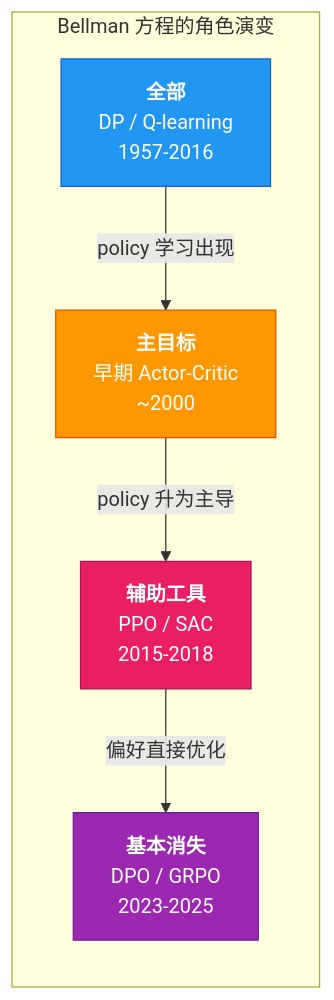
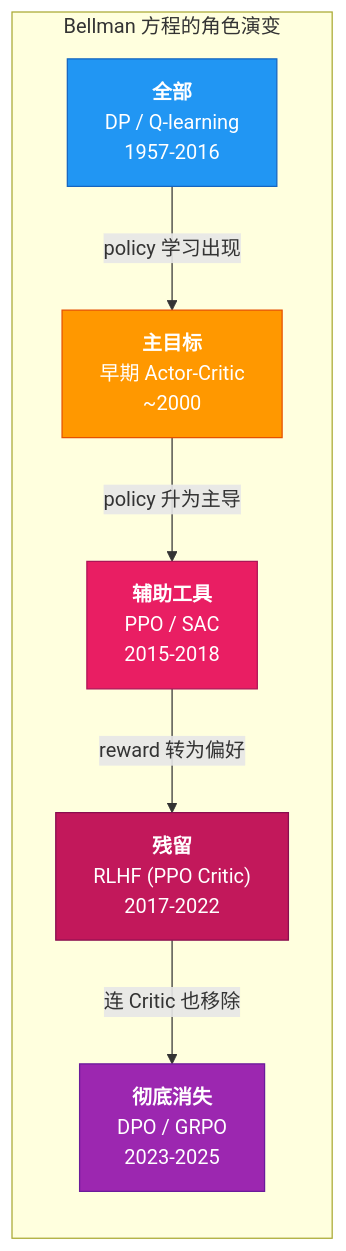
Before and after one commit to chenz16/reinforcement-learning_deep_dive: the second of 2 diagrams in docs/rl-evolution-diagram.md, drawn with Mermaid. The commit also changed other lines of this file, not shown here.

First line of the commit message:
Split RLHF and DPO/GRPO into separate stages (8 and 9)

````diff
--- a/docs/rl-evolution-diagram.md
+++ b/docs/rl-evolution-diagram.md
@@ -61,18 +67,21 @@
 ```mermaid
 graph LR
     subgraph role["Bellman 方程的角色演变"]
         R1["<b>全部</b><br/>DP / Q-learning<br/>1957-2016"]
         R2["<b>主目标</b><br/>早期 Actor-Critic<br/>~2000"]
         R3["<b>辅助工具</b><br/>PPO / SAC<br/>2015-2018"]
-        R4["<b>基本消失</b><br/>DPO / GRPO<br/>2023-2025"]
+        R4["<b>残留</b><br/>RLHF (PPO Critic)<br/>2017-2022"]
+        R5["<b>彻底消失</b><br/>DPO / GRPO<br/>2023-2025"]
     end
 
     R1 -->|"policy 学习出现"| R2
     R2 -->|"policy 升为主导"| R3
-    R3 -->|"偏好直接优化"| R4
+    R3 -->|"reward 转为偏好"| R4
+    R4 -->|"连 Critic 也移除"| R5
 
     style R1 fill:#2196F3,color:#fff,stroke:#1565C0
     style R2 fill:#FF9800,color:#fff,stroke:#E65100
     style R3 fill:#E91E63,color:#fff,stroke:#AD1457
-    style R4 fill:#9C27B0,color:#fff,stroke:#6A1B9A
+    style R4 fill:#C2185B,color:#fff,stroke:#880E4F
+    style R5 fill:#9C27B0,color:#fff,stroke:#6A1B9A
 ```
````
